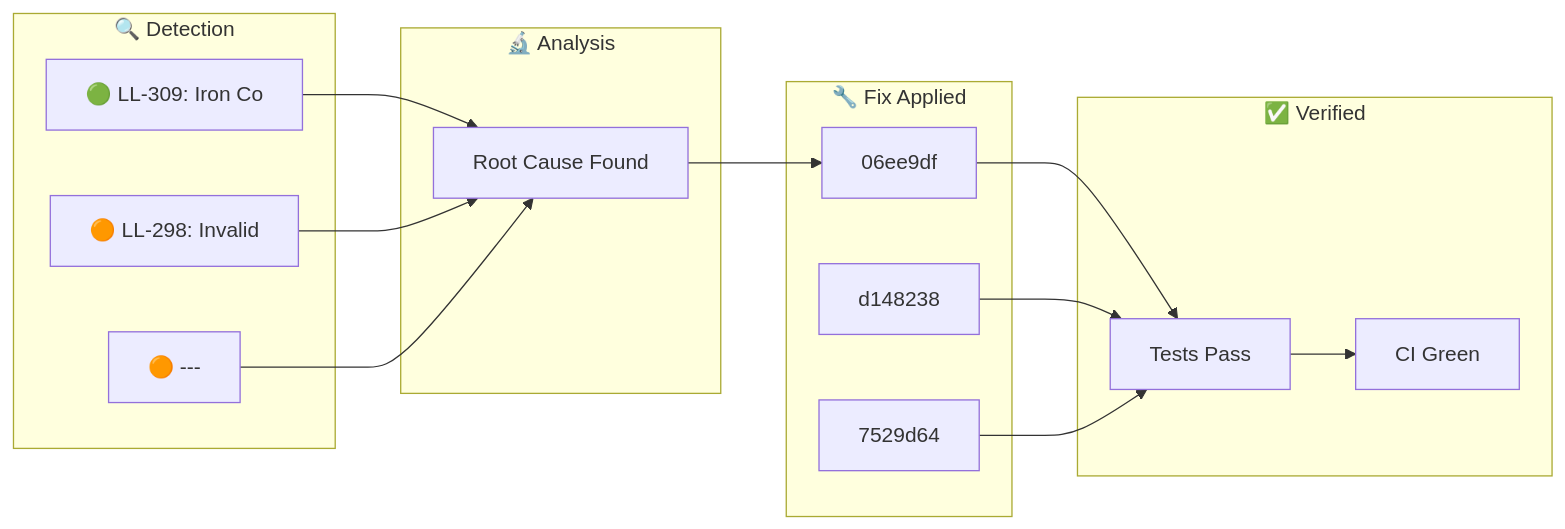
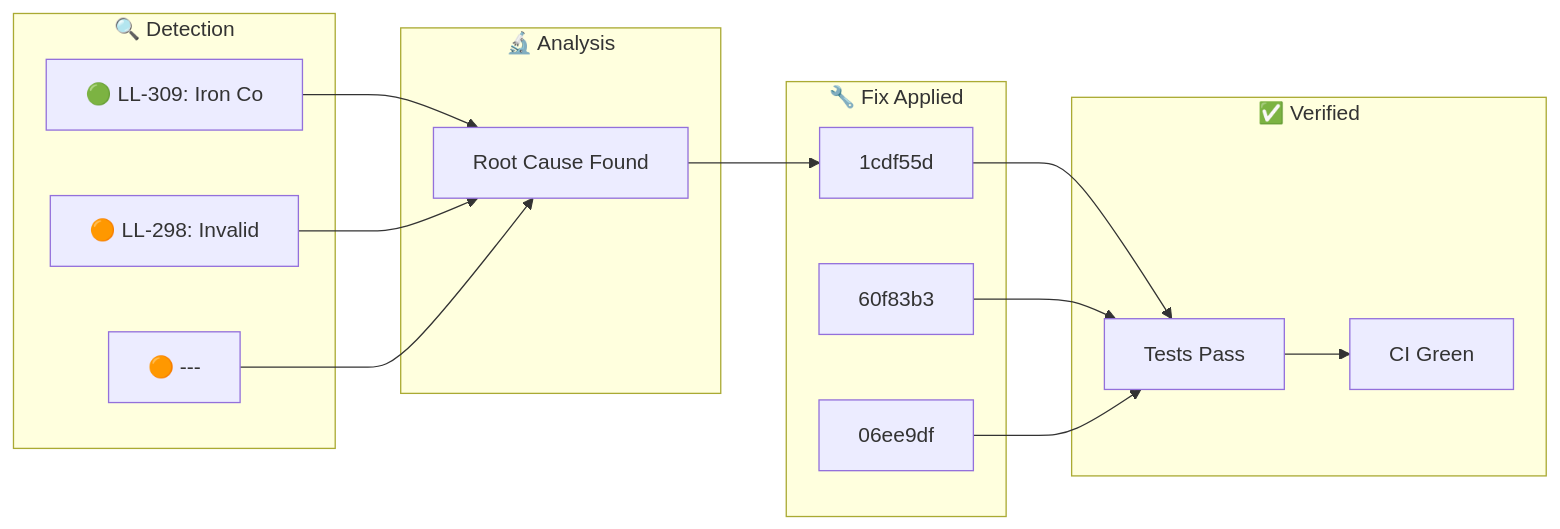
Before and after one commit to YoByron/trading: the diagram in docs/_posts/2026-01-27-ralph-discovery.md, drawn with Mermaid. The commit also changed other lines of this file, not shown here.

````diff
--- a/docs/_posts/2026-01-27-ralph-discovery.md
+++ b/docs/_posts/2026-01-27-ralph-discovery.md
@@ -17,28 +17,28 @@
 ```mermaid
 flowchart LR
     subgraph Detection["🔍 Detection"]
         D1["🟢 LL-309: Iron Co"]
         D2["🟠 LL-298: Invalid"]
         D3["🟠 ---"]
     end
     subgraph Analysis["🔬 Analysis"]
         A1["Root Cause Found"]
     end
     subgraph Fix["🔧 Fix Applied"]
-        F1["06ee9df"]
-        F2["d148238"]
-        F3["7529d64"]
+        F1["1cdf55d"]
+        F2["60f83b3"]
+        F3["06ee9df"]
     end
     subgraph Verify["✅ Verified"]
         V1["Tests Pass"]
         V2["CI Green"]
     end
     D1 --> A1
     D2 --> A1
     D3 --> A1
     A1 --> F1
     F1 --> V1
     F2 --> V1
     F3 --> V1
     V1 --> V2
 ```
````
